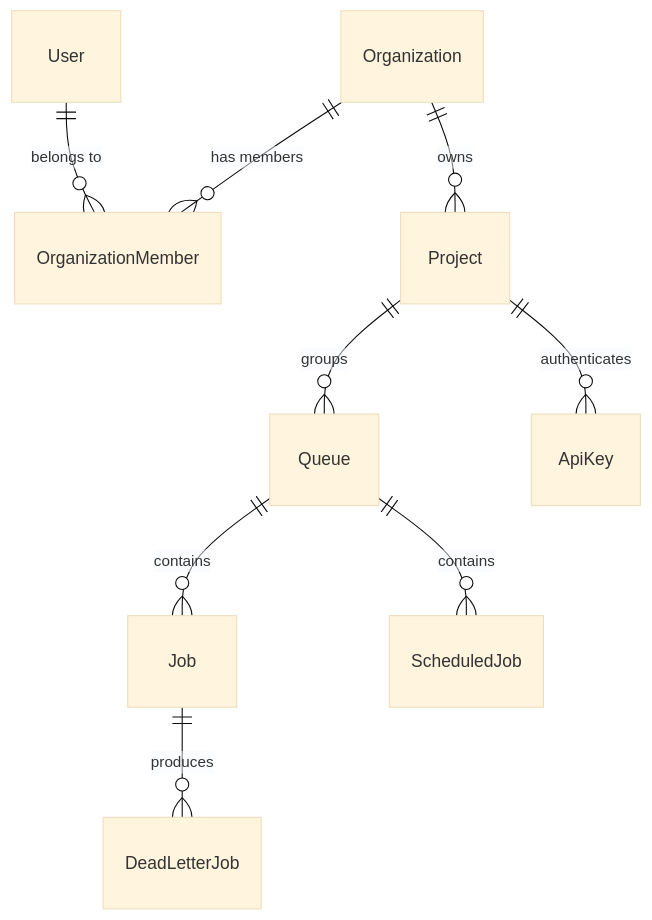
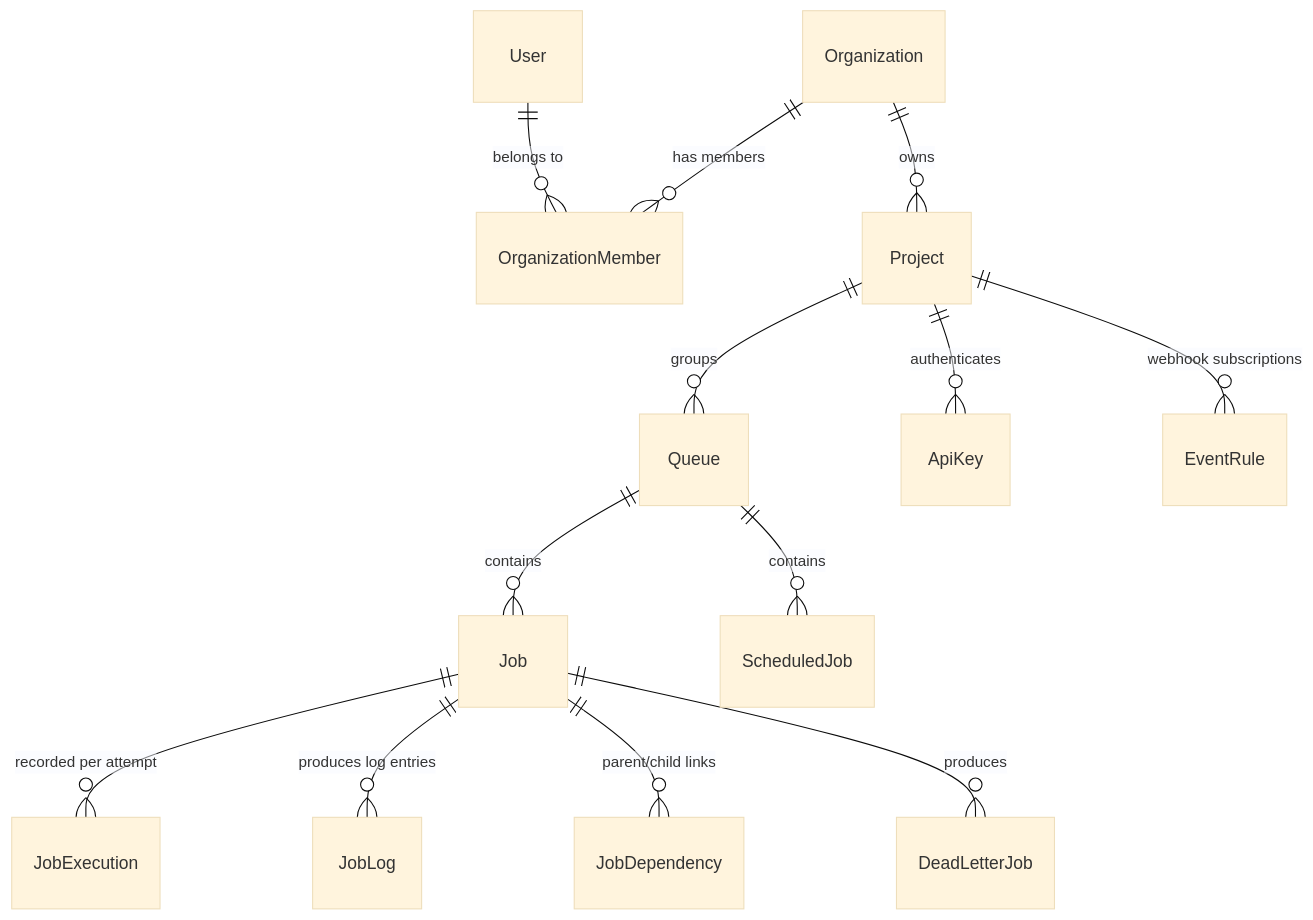
Before and after one commit to poojitha-galam/Distributed-job-scheduler: the diagram in docs/DATABASE.md, drawn with Mermaid (base theme). The commit also changed other lines of this file and 9 other files, not shown here.

````diff
--- a/docs/DATABASE.md
+++ b/docs/DATABASE.md
@@ -25,11 +27,15 @@
 ```mermaid
 erDiagram
     Organization ||--o{ OrganizationMember : "has members"
     User ||--o{ OrganizationMember : "belongs to"
     Organization ||--o{ Project : owns
     Project ||--o{ Queue : groups
     Project ||--o{ ApiKey : authenticates
     Queue ||--o{ Job : contains
     Queue ||--o{ ScheduledJob : contains
+    Job ||--o{ JobExecution : "recorded per attempt"
+    Job ||--o{ JobLog : "produces log entries"
+    Job ||--o{ JobDependency : "parent/child links"
     Job ||--o{ DeadLetterJob : produces
+    Project ||--o{ EventRule : "webhook subscriptions"
 ```
````
